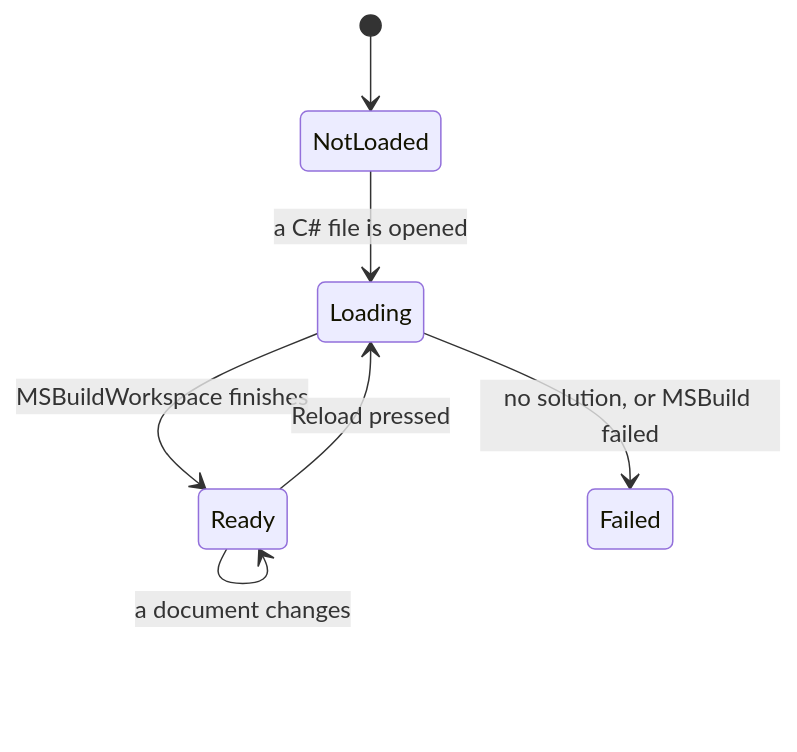
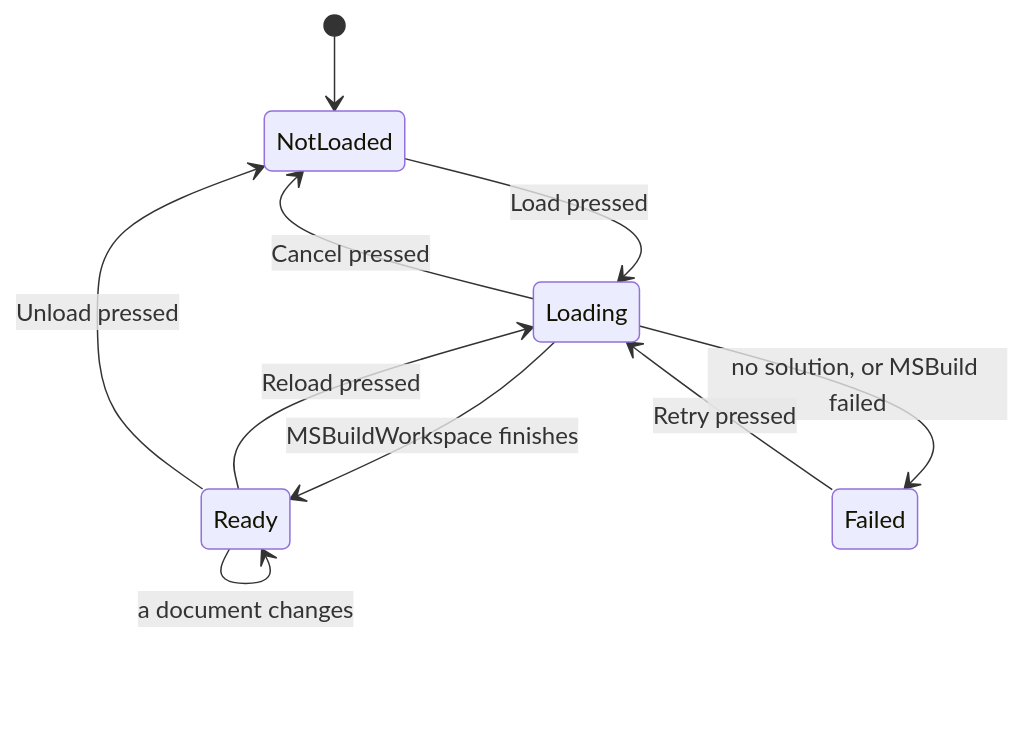
The third of 3 diagrams in docs/code-intelligence.md (BradenTerry/Tog), drawn with Mermaid before and after one commit. The commit also changed other lines of this file and 30 other files, not shown here.

````diff
--- a/docs/code-intelligence.md
+++ b/docs/code-intelligence.md
@@ -44,9 +68,12 @@
 ```mermaid
 stateDiagram-v2
     [*] --> NotLoaded
-    NotLoaded --> Loading: a C# file is opened
+    NotLoaded --> Loading: Load pressed
     Loading --> Ready: MSBuildWorkspace finishes
     Loading --> Failed: no solution, or MSBuild failed
+    Loading --> NotLoaded: Cancel pressed
+    Failed --> Loading: Retry pressed
     Ready --> Loading: Reload pressed
+    Ready --> NotLoaded: Unload pressed
     Ready --> Ready: a document changes
 ```
````
